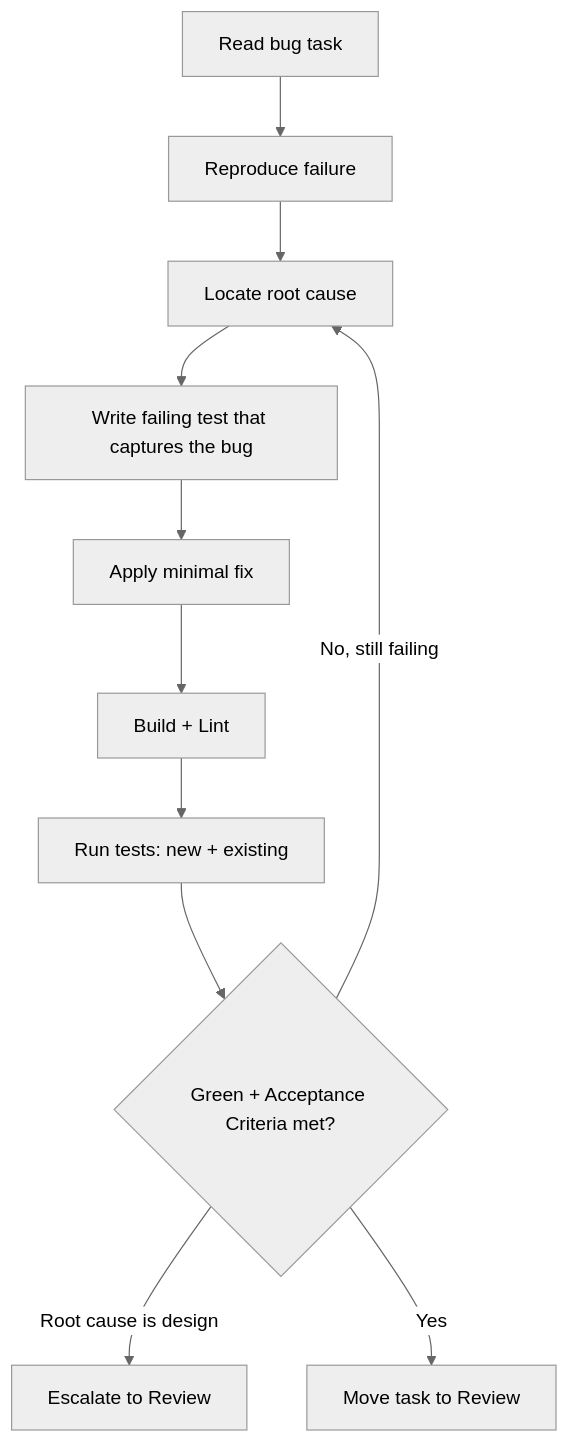
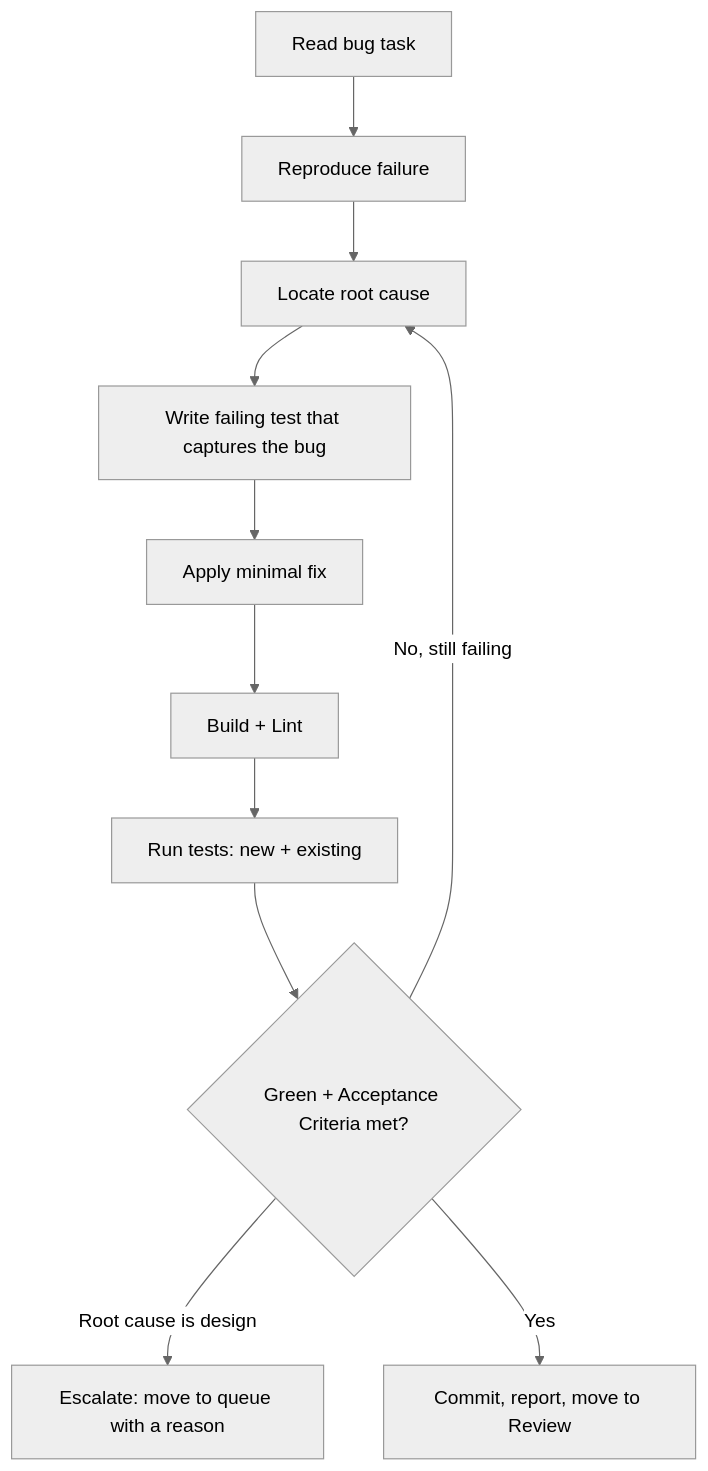
Before and after one commit to Vtquan123/strix: the diagram in templates/executors/claude/.strix/executor/workflows/fix.md, drawn with Mermaid (neutral theme). The commit also changed other lines of this file and 80 other files, not shown here.

````diff
--- a/templates/executors/claude/.strix/executor/workflows/fix.md
+++ b/templates/executors/claude/.strix/executor/workflows/fix.md
@@ -11,13 +11,13 @@
 ```mermaid
 flowchart TD
     A[Read bug task] --> B[Reproduce failure]
     B --> C[Locate root cause]
     C --> D[Write failing test that captures the bug]
     D --> E[Apply minimal fix]
     E --> F[Build + Lint]
     F --> G[Run tests: new + existing]
     G --> H{Green + Acceptance Criteria met?}
     H -->|No, still failing| C
-    H -->|Root cause is design| ESC[Escalate to Review]
-    H -->|Yes| I[Move task to Review]
+    H -->|Root cause is design| ESC[Escalate: move to queue with a reason]
+    H -->|Yes| I[Commit, report, move to Review]
 ```
````
